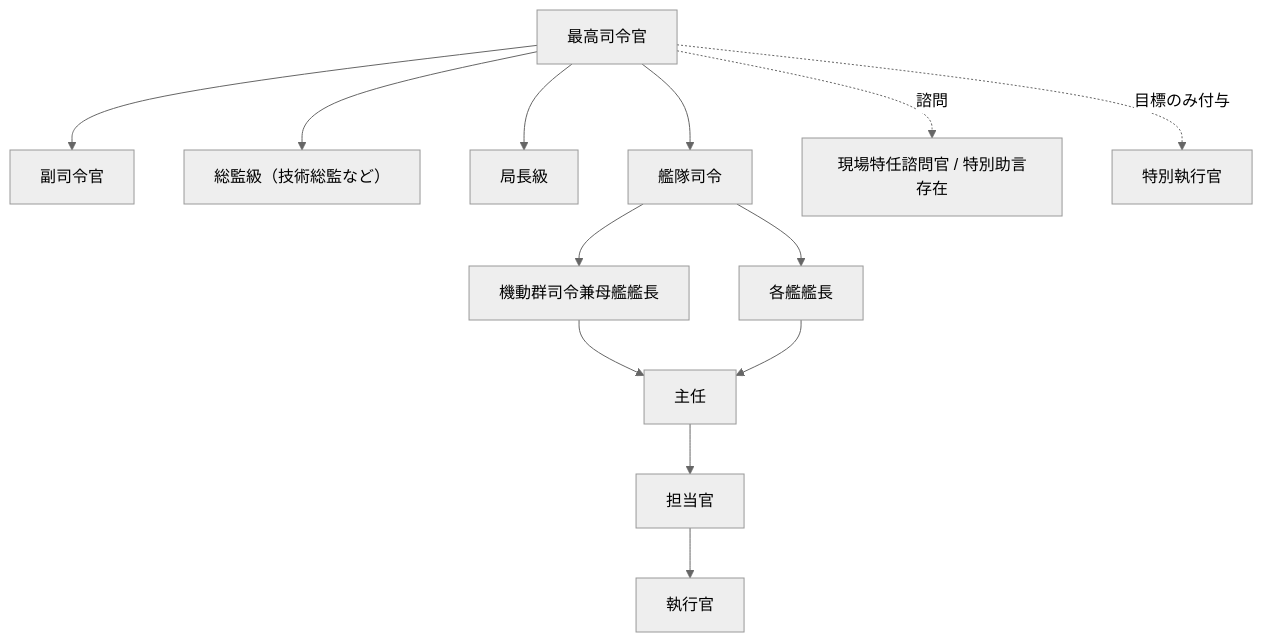
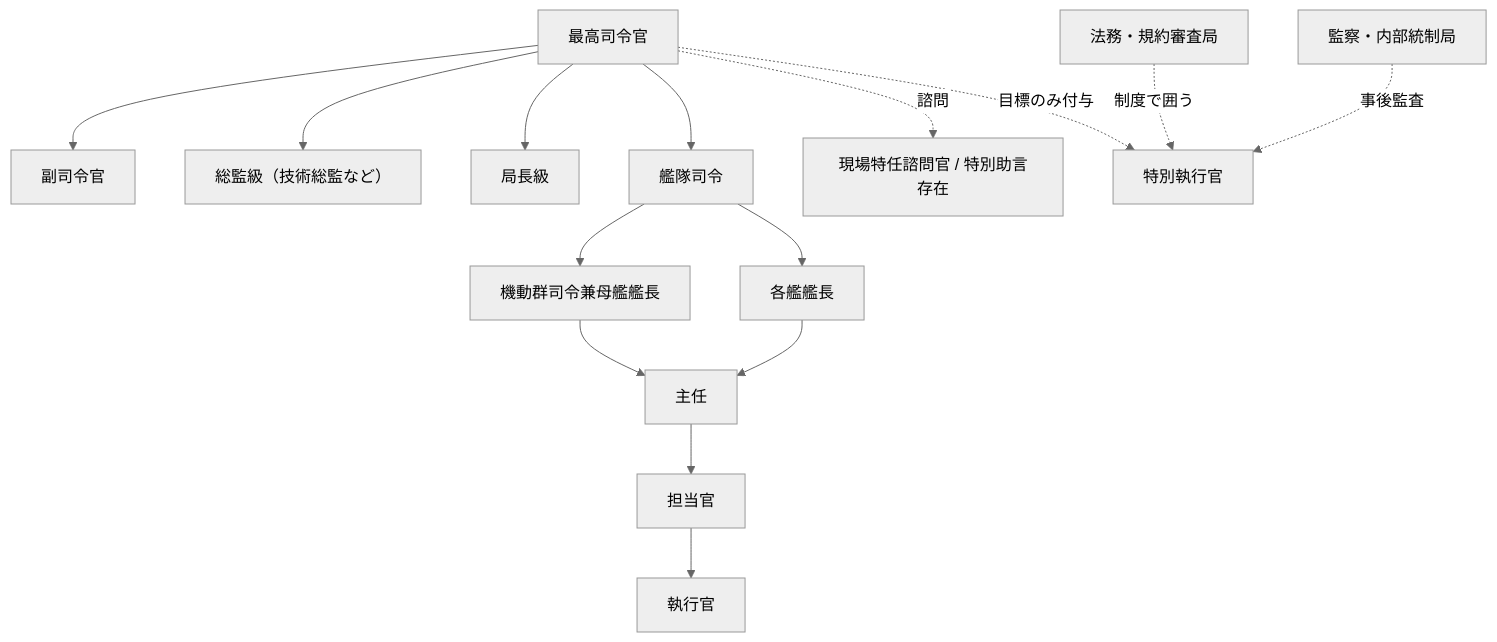
The first of 4 diagrams in 02_組織・国家・勢力事典/軍事組織/星間治安維持機構（ISMO）図解.md (yousukeman3/World-of-Mechanisms), drawn with Mermaid (neutral theme) before and after one commit. The commit also changed 6 other files, not shown here.

````diff
--- a/02_組織・国家・勢力事典/軍事組織/星間治安維持機構（ISMO）図解.md
+++ b/02_組織・国家・勢力事典/軍事組織/星間治安維持機構（ISMO）図解.md
@@ -21,30 +21,34 @@
 ```mermaid
 flowchart TB
     Commander["最高司令官"]
     Vice["副司令官"]
     Inspectors["総監級（技術総監など）"]
     Bureau["局長級"]
     Fleet["艦隊司令"]
     Group["機動群司令兼母艦艦長"]
     Captains["各艦艦長"]
     Chiefs["主任"]
     Leads["担当官"]
     Executors["執行官"]
     SpecialAdvice["現場特任諮問官 / 特別助言存在"]
     SpecialExec["特別執行官"]
 
     Commander --> Vice
     Commander --> Inspectors
     Commander --> Bureau
     Commander --> Fleet
 
     Fleet --> Group
     Fleet --> Captains
     Group --> Chiefs
     Captains --> Chiefs
     Chiefs --> Leads
     Leads --> Executors
 
     Commander -. "諮問" .-> SpecialAdvice
     Commander -. "目標のみ付与" .-> SpecialExec
+    Legal["法務・規約審査局"]
+    Internal["監察・内部統制局"]
+    Legal -. "制度で囲う" .-> SpecialExec
+    Internal -. "事後監査" .-> SpecialExec
 ```
````
